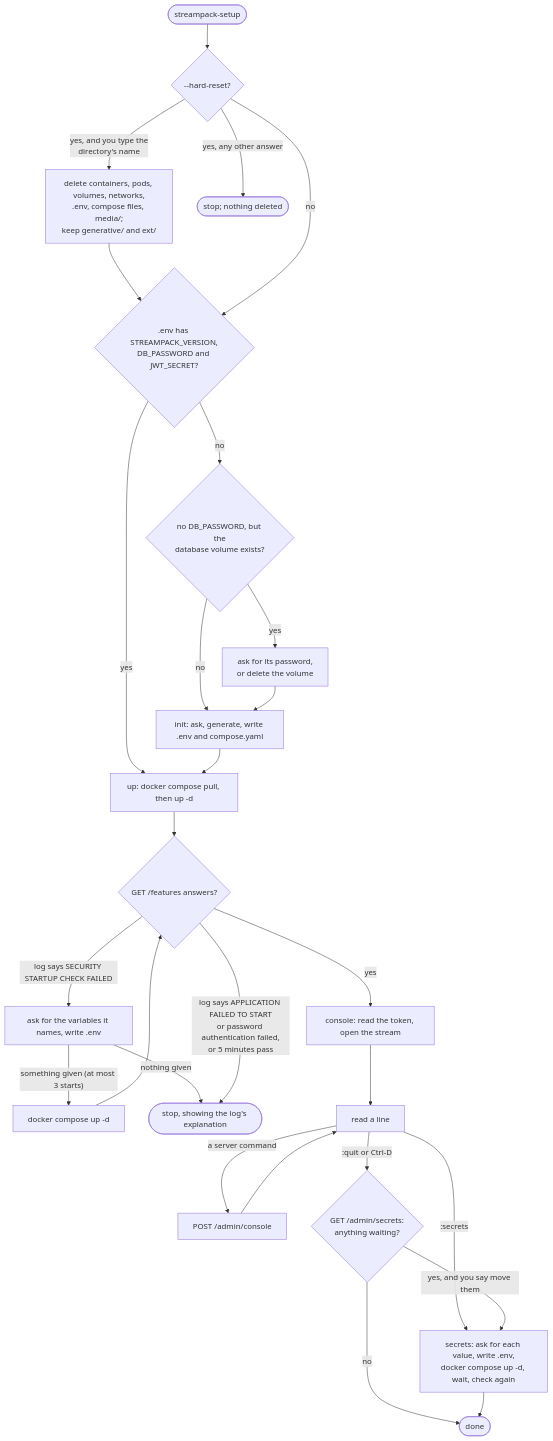
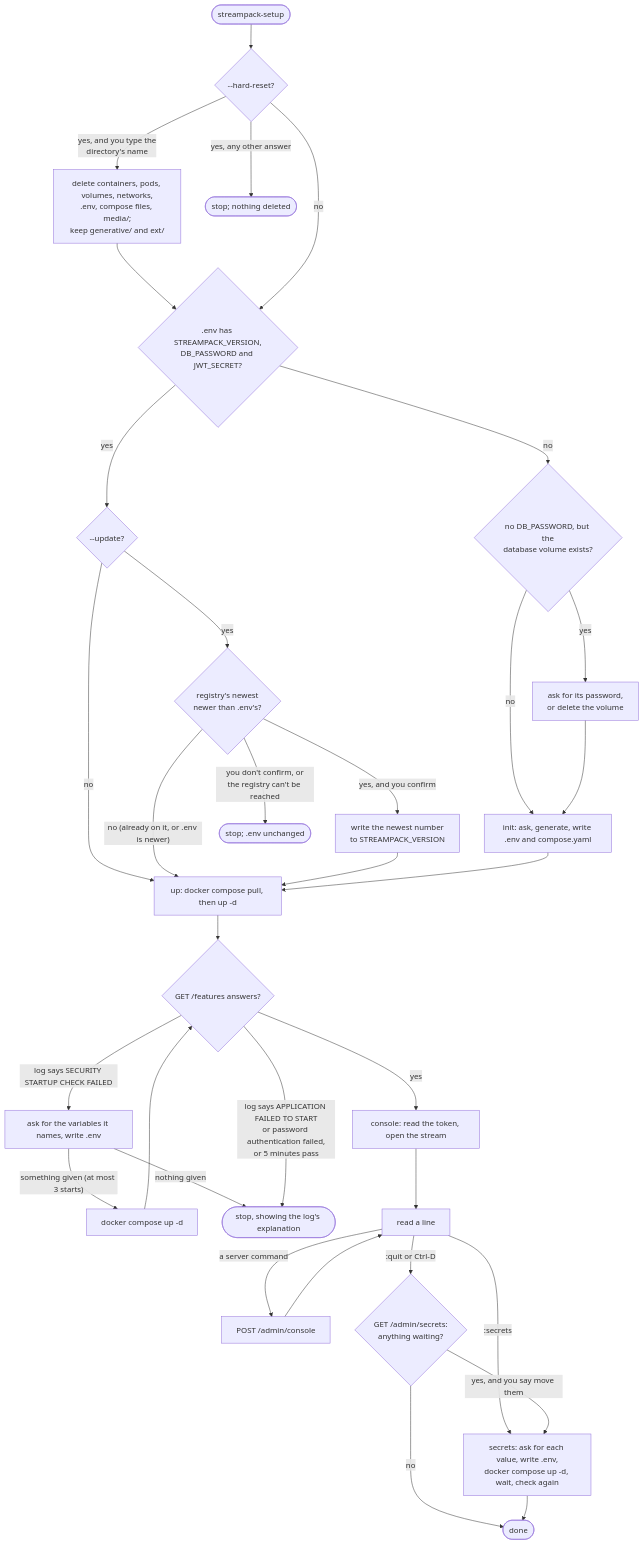
Before and after one commit to streampack-dev/setup: the diagram in docs/explanation/execution-flow.md, drawn with Mermaid. The commit also changed other lines of this file and 8 other files, not shown here.

First line of the commit message:
Add --update: move to the newest server release, after you confirm (#20)

````diff
--- a/docs/explanation/execution-flow.md
+++ b/docs/explanation/execution-flow.md
@@ -9,25 +11,30 @@
 ```mermaid
 flowchart TD
     start([streampack-setup]) --> reset{"--hard-reset?"}
     reset -- "yes, and you type the<br>directory's name" --> wipe[delete containers, pods, volumes, networks,<br>.env, compose files, media/;<br>keep generative/ and ext/] --> configured
     reset -- "yes, any other answer" --> stopped([stop; nothing deleted])
     reset -- no --> configured{".env has STREAMPACK_VERSION,<br>DB_PASSWORD and JWT_SECRET?"}
     configured -- no --> volume{"no DB_PASSWORD, but the<br>database volume exists?"}
     volume -- "no" --> init[init: ask, generate, write .env and compose.yaml]
     volume -- "yes" --> old["ask for its password,<br>or delete the volume"] --> init
-    configured -- yes --> up
+    configured -- yes --> update{"--update?"}
+    update -- no --> up
+    update -- "yes" --> newest{"registry's newest<br>newer than .env's?"}
+    newest -- "no (already on it, or .env is newer)" --> up
+    newest -- "yes, and you confirm" --> pin[write the newest number<br>to STREAMPACK_VERSION] --> up
+    newest -- "you don't confirm, or<br>the registry can't be reached" --> unchanged([stop; .env unchanged])
     init --> up[up: docker compose pull, then up -d]
     up --> wait{"GET /features answers?"}
     wait -- "yes" --> console[console: read the token, open the stream]
     wait -- "log says SECURITY STARTUP CHECK FAILED" --> ask[ask for the variables it names, write .env]
     ask -- "something given (at most 3 starts)" --> up2[docker compose up -d] --> wait
     ask -- "nothing given" --> stop([stop, showing the log's explanation])
     wait -- "log says APPLICATION FAILED TO START<br>or password authentication failed,<br>or 5 minutes pass" --> stop
     console --> loop[read a line]
     loop -- "a server command" --> submit[POST /admin/console] --> loop
     loop -- ":secrets" --> move
     loop -- ":quit or Ctrl-D" --> left{"GET /admin/secrets:<br>anything waiting?"}
     left -- no --> done([done])
     left -- "yes, and you say move them" --> move[secrets: ask for each value, write .env,<br>docker compose up -d, wait, check again]
     move --> done
 ```
````
